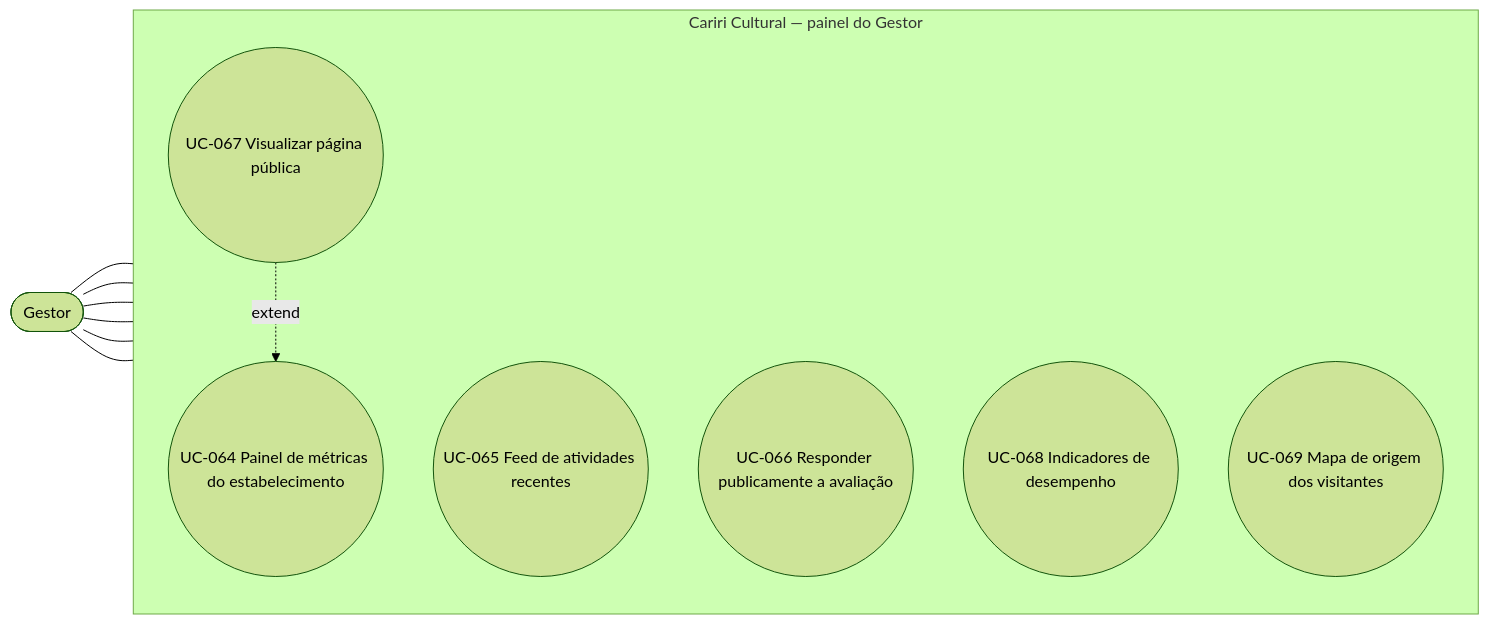
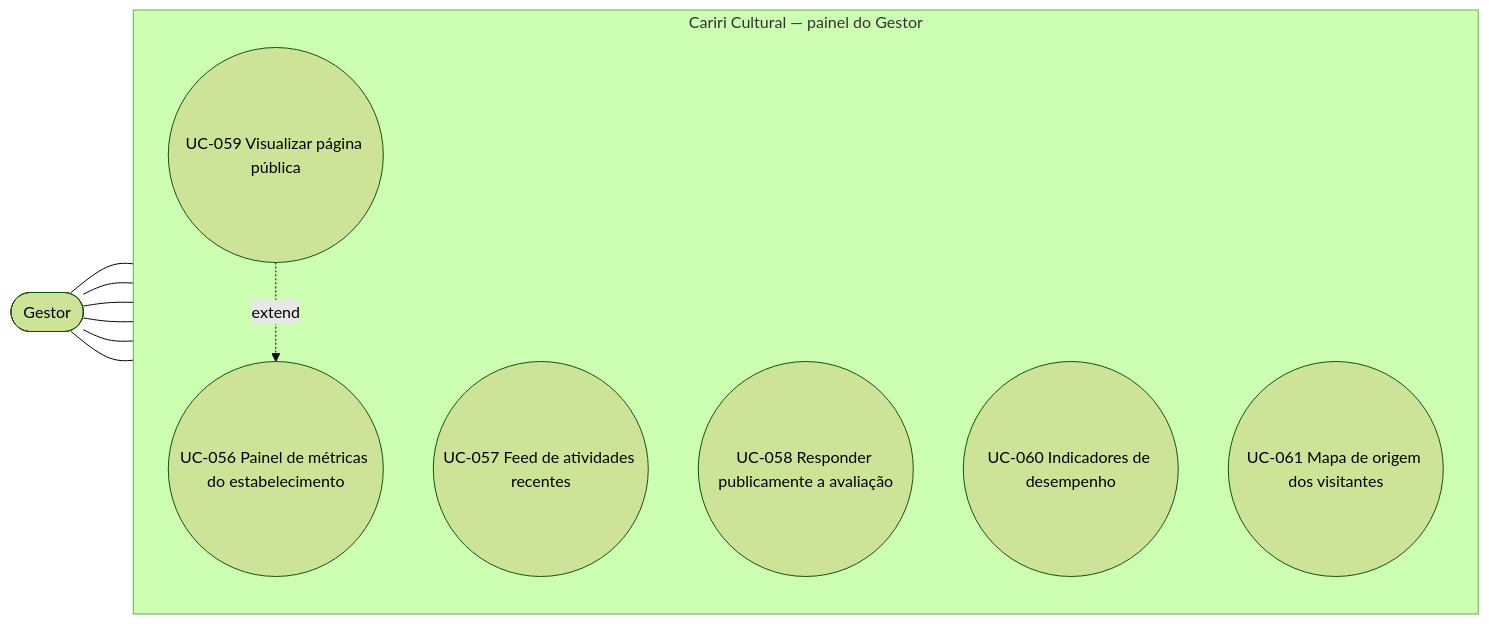
Before and after one commit to alan-mendes-ufca/CaririCultural: the tenth of 11 diagrams in home/user-cases/use-cases-diagram.md, drawn with Mermaid (forest theme). The commit also changed other lines of this file and 4 other files, not shown here.

````diff
--- a/home/user-cases/use-cases-diagram.md
+++ b/home/user-cases/use-cases-diagram.md
@@ -430,21 +373,21 @@
 ```mermaid
 flowchart LR
     %% Atores
     G([Gestor])
 
     subgraph CC [Cariri Cultural — painel do Gestor]
         direction TB
-        UC064((UC-064 Painel de métricas do estabelecimento))
-        UC065((UC-065 Feed de atividades recentes))
-        UC066((UC-066 Responder publicamente a avaliação))
-        UC067((UC-067 Visualizar página pública))
-        UC068((UC-068 Indicadores de desempenho))
-        UC069((UC-069 Mapa de origem dos visitantes))
+        UC056((UC-056 Painel de métricas do estabelecimento))
+        UC057((UC-057 Feed de atividades recentes))
+        UC058((UC-058 Responder publicamente a avaliação))
+        UC059((UC-059 Visualizar página pública))
+        UC060((UC-060 Indicadores de desempenho))
+        UC061((UC-061 Mapa de origem dos visitantes))
     end
 
     %% Relações Ator -> Caso de Uso
-    G --- UC064 & UC065 & UC066 & UC067 & UC068 & UC069
+    G --- UC056 & UC057 & UC058 & UC059 & UC060 & UC061
 
     %% Relações Extend
-    UC067 -.->|extend| UC064
+    UC059 -.->|extend| UC056
 ```
````
